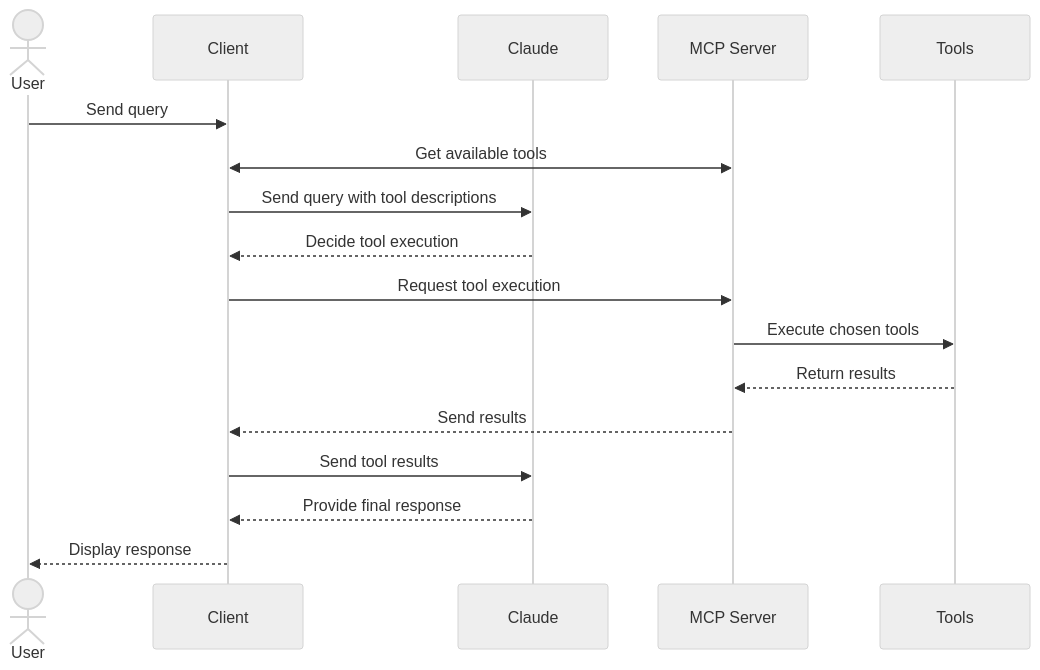
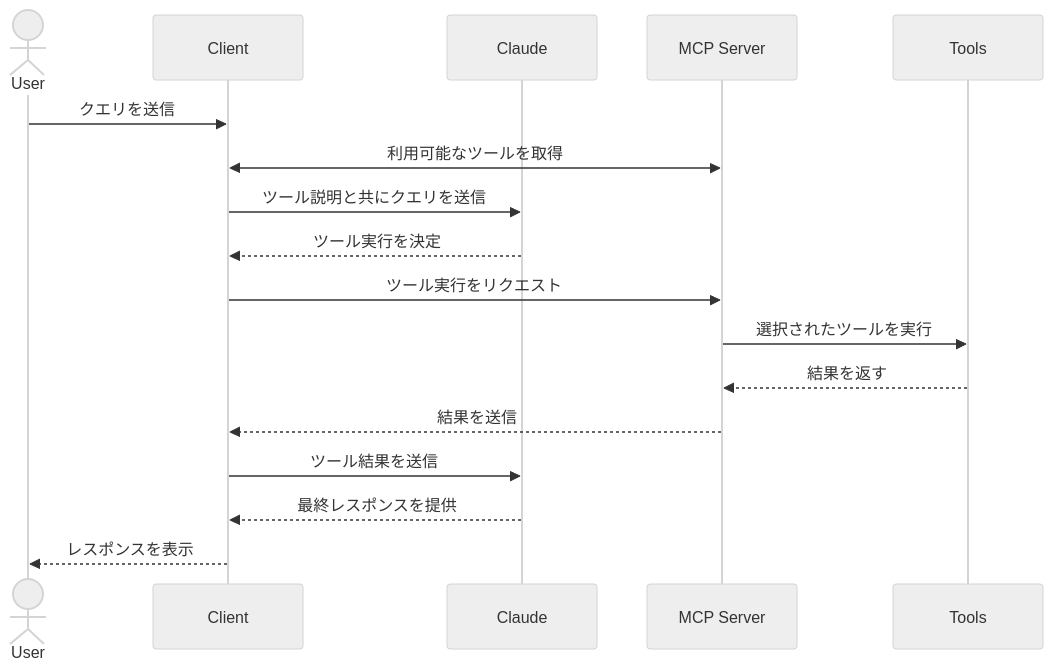
The diagram in quickstart/client.mdx (hiragram/mcp-docs-jp), drawn with Mermaid before and after one commit. The commit also changed other lines of this file and 1 other file, not shown here.

````diff
--- a/quickstart/client.mdx
+++ b/quickstart/client.mdx
@@ -1281,24 +714,24 @@
 ```mermaid
 ---
 config:
     theme: neutral
 ---
 sequenceDiagram
     actor User
     participant Client
     participant Claude
     participant MCP_Server as MCP Server
     participant Tools
 
-    User->>Client: Send query
-    Client<<->>MCP_Server: Get available tools
-    Client->>Claude: Send query with tool descriptions
-    Claude-->>Client: Decide tool execution
-    Client->>MCP_Server: Request tool execution
-    MCP_Server->>Tools: Execute chosen tools
-    Tools-->>MCP_Server: Return results
-    MCP_Server-->>Client: Send results
-    Client->>Claude: Send tool results
-    Claude-->>Client: Provide final response
-    Client-->>User: Display response
+    User->>Client: クエリを送信
+    Client<<->>MCP_Server: 利用可能なツールを取得
+    Client->>Claude: ツール説明と共にクエリを送信
+    Claude-->>Client: ツール実行を決定
+    Client->>MCP_Server: ツール実行をリクエスト
+    MCP_Server->>Tools: 選択されたツールを実行
+    Tools-->>MCP_Server: 結果を返す
+    MCP_Server-->>Client: 結果を送信
+    Client->>Claude: ツール結果を送信
+    Claude-->>Client: 最終レスポンスを提供
+    Client-->>User: レスポンスを表示
 ```
````
